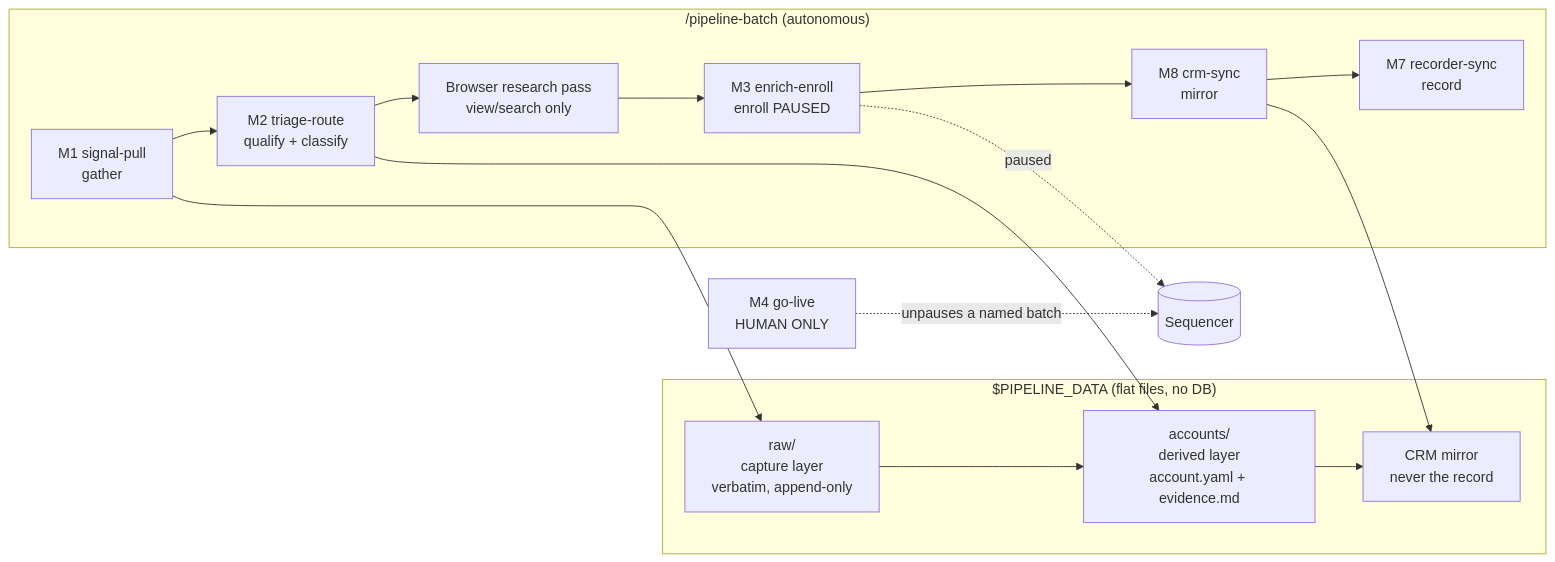
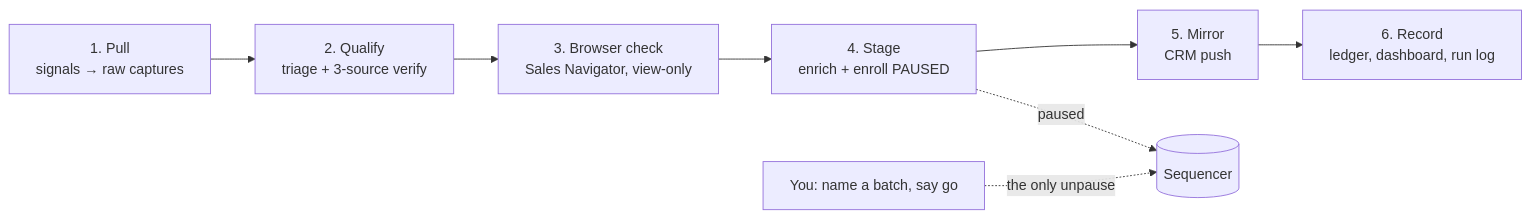
One commit to sufficiently-advanced-ai/gtm-prospect-pipeline changed the diagram in README.md. Above: the diagram before and after it, drawn with Mermaid. The commit also changed other lines of this file, not shown here.

````diff
--- a/README.md
+++ b/README.md
@@ -27,20 +57,10 @@
 ```mermaid
 flowchart LR
-  subgraph batch["/pipeline-batch (autonomous)"]
-    M1["M1 signal-pull<br/>gather"] --> M2["M2 triage-route<br/>qualify + classify"]
-    M2 --> SN["Browser research pass<br/>view/search only"]
-    SN --> M3["M3 enrich-enroll<br/>enroll PAUSED"]
-    M3 --> M8["M8 crm-sync<br/>mirror"]
-    M8 --> M7["M7 recorder-sync<br/>record"]
-  end
-  M4["M4 go-live<br/>HUMAN ONLY"] -. "unpauses a named batch" .-> SEQ[(Sequencer)]
+  M1["1. Pull<br/>signals → raw captures"] --> M2["2. Qualify<br/>triage + 3-source verify"]
+  M2 --> SN["3. Browser check<br/>Sales Navigator, view-only"]
+  SN --> M3["4. Stage<br/>enrich + enroll PAUSED"]
+  M3 --> M8["5. Mirror<br/>CRM push"]
+  M8 --> M7["6. Record<br/>ledger, dashboard, run log"]
+  GO["You: name a batch, say go"] -. "the only unpause" .-> SEQ[(Sequencer)]
   M3 -. "paused" .-> SEQ
-
-  subgraph data["$PIPELINE_DATA (flat files, no DB)"]
-    RAW["raw/<br/>capture layer<br/>verbatim, append-only"] --> ACC["accounts/<br/>derived layer<br/>account.yaml + evidence.md"]
-    ACC --> CRM["CRM mirror<br/>never the record"]
-  end
-  M1 --> RAW
-  M2 --> ACC
-  M8 --> CRM
 ```
````
